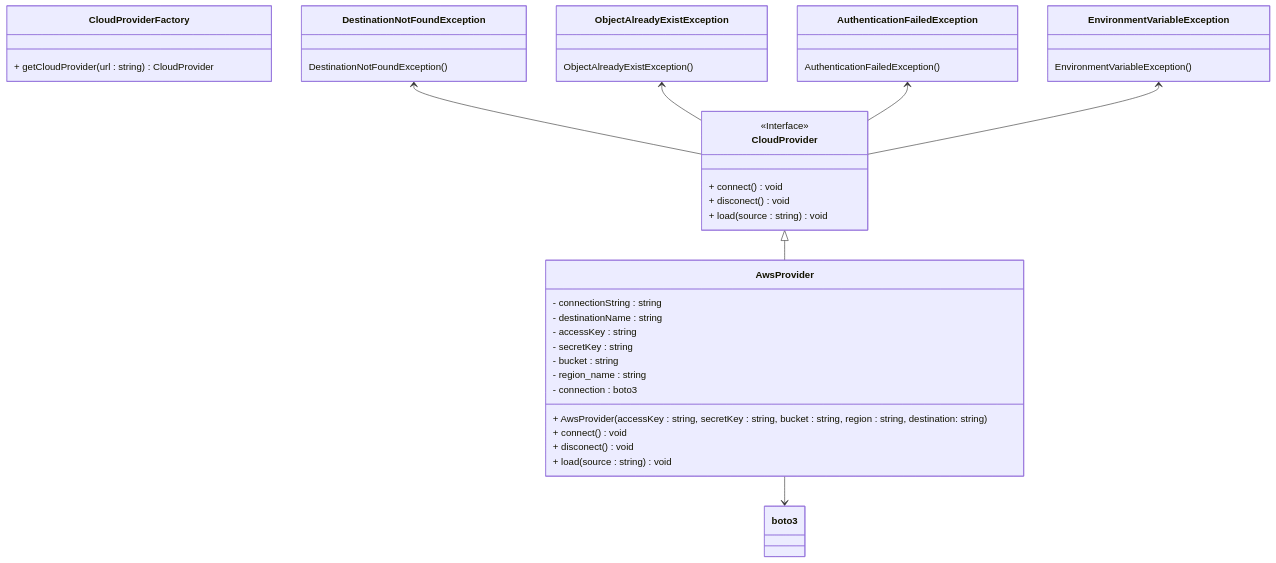
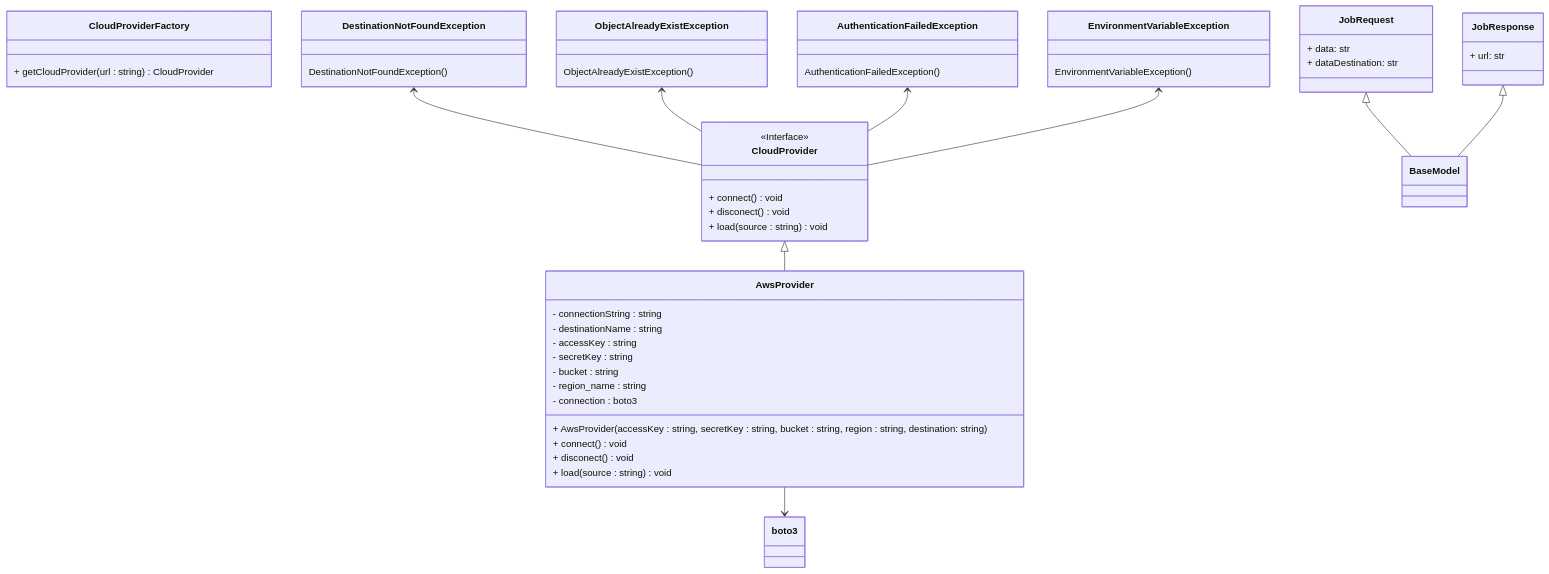
Before and after one commit to CPNV-ES-BI1-RIA2-ELT-EXTERNAL-SOURCE/EXTERNAL-SOURCE-LOAD-DATALAKE: the diagram in bucket_connector/docs/class_diagram.md, drawn with Mermaid. The commit also changed 1 other file, not shown here.

Commit message:
docs: add Jobresponse and JobRequest in class diagram

`````diff
--- a/bucket_connector/docs/class_diagram.md
+++ b/bucket_connector/docs/class_diagram.md
@@ -1,52 +1,64 @@
 ````mermaid
 classDiagram
     class CloudProvider {
         <<Interface>>        
         + connect() void
         + disconect() void
         + load(source : string) void
     }
     
     class CloudProviderFactory {
         + getCloudProvider(url : string) CloudProvider
     }
     
     CloudProvider <|-- AwsProvider
     class AwsProvider {
         - connectionString : string
         - destinationName : string
         - accessKey : string
         - secretKey : string
         - bucket : string
         - region_name : string
         - connection : boto3
 
         + AwsProvider(accessKey : string, secretKey : string, bucket : string, region : string, destination: string)
         + connect() void 
         + disconect() void
         + load(source : string) void        
     }
     
     DestinationNotFoundException <-- CloudProvider
     class DestinationNotFoundException {
         DestinationNotFoundException()
     }
     
     ObjectAlreadyExistException <-- CloudProvider
     class ObjectAlreadyExistException {
         ObjectAlreadyExistException()
     }
     
     AuthenticationFailedException <-- CloudProvider
     class AuthenticationFailedException {
         AuthenticationFailedException()
     }
     
     EnvironmentVariableException <-- CloudProvider
     class EnvironmentVariableException {
         EnvironmentVariableException()
     }
 
     AwsProvider --> boto3
     
+    
+    JobRequest <|-- BaseModel
+    class JobRequest {
+    + data: str
+    + dataDestination: str
+    }
+    
+    JobResponse <|-- BaseModel
+    class JobResponse {
+    + url: str
+    }
+    
 ````
`````
